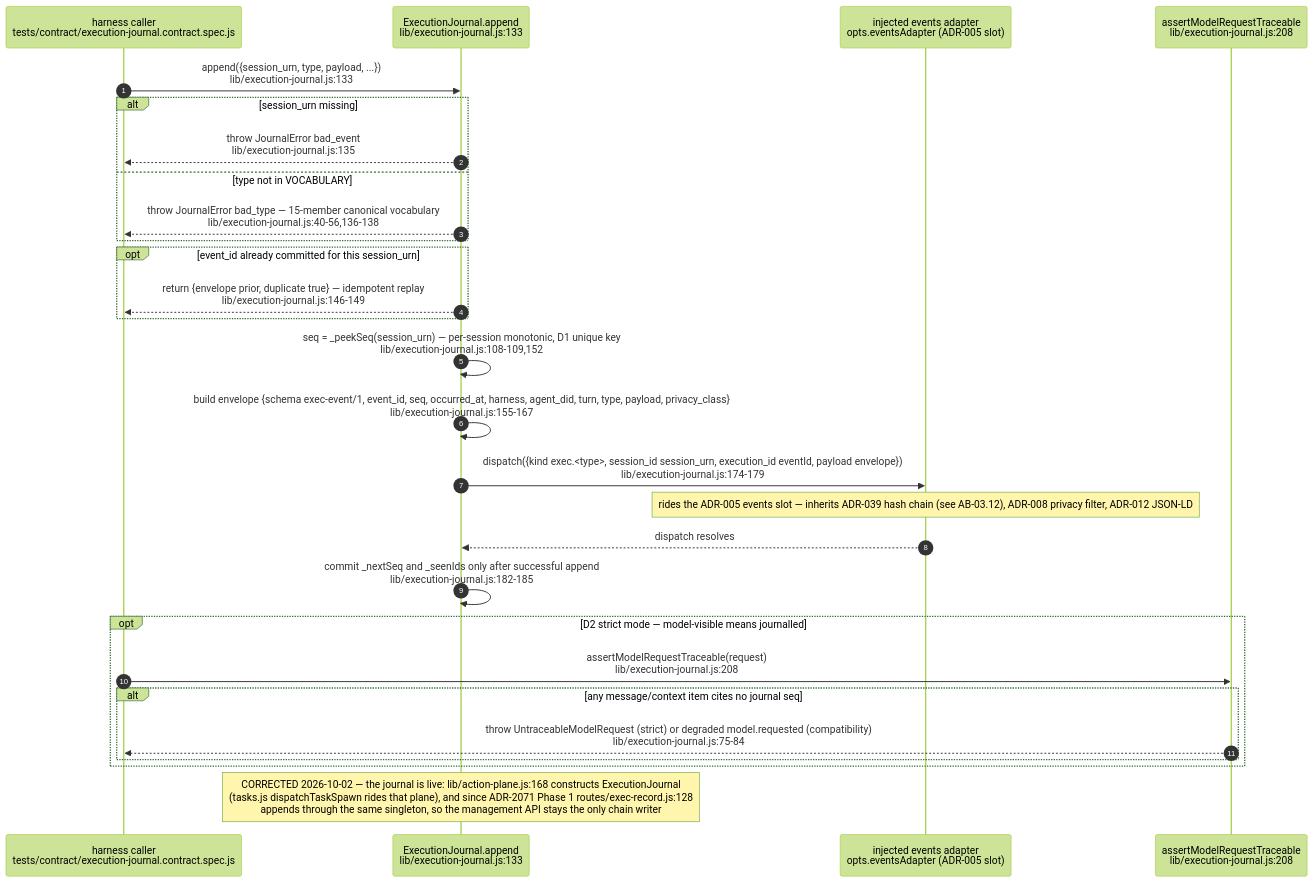
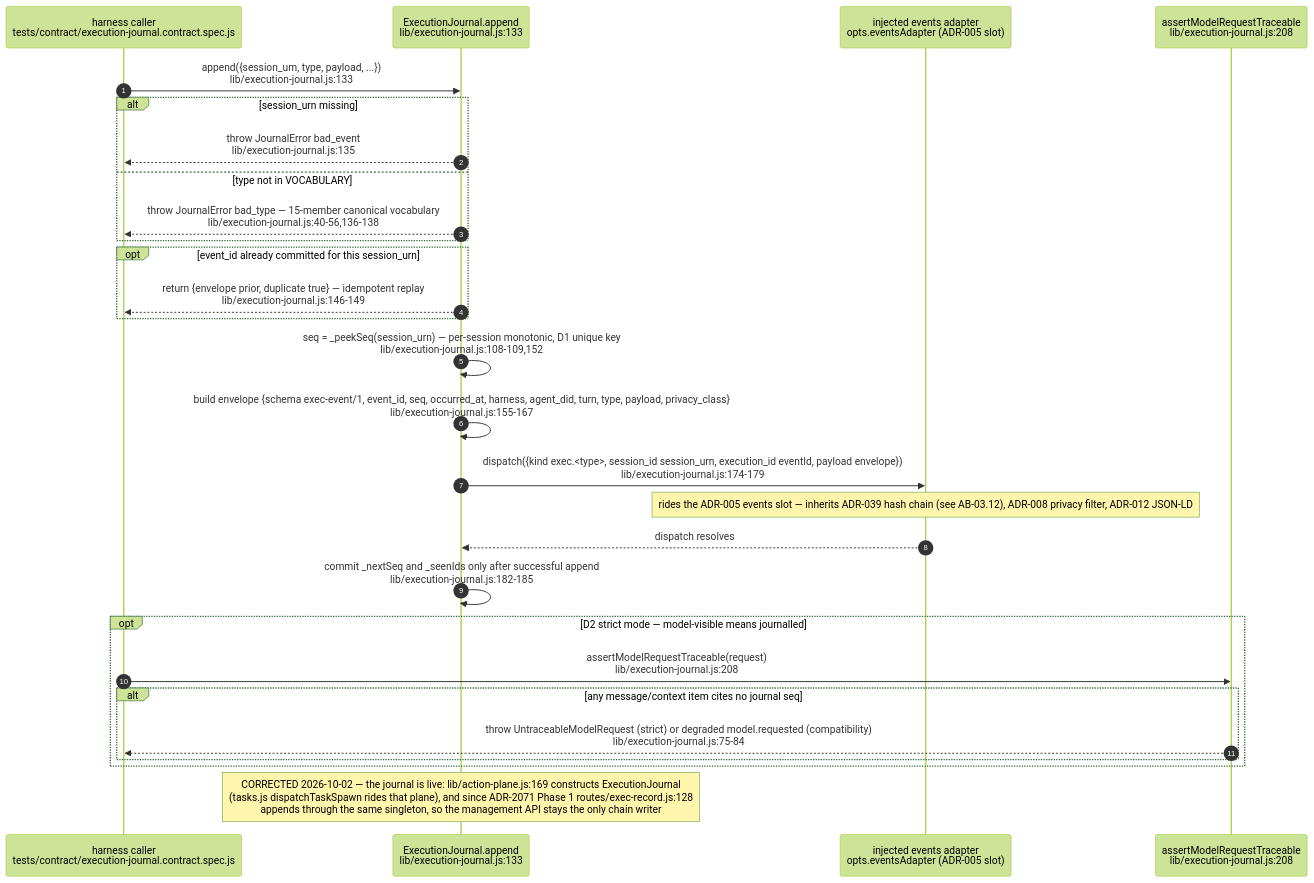
One commit to DreamLab-AI/VisionFlow changed diagram 14 of 17 in docs/diagrams/agentbox/03-management-api-request-lifecycle.md. Above: the diagram before and after it, drawn with Mermaid (forest theme). The commit also changed other lines of this file and 160 other files, not shown here.

````diff
--- a/docs/diagrams/agentbox/03-management-api-request-lifecycle.md
+++ b/docs/diagrams/agentbox/03-management-api-request-lifecycle.md
@@ -535,31 +542,31 @@
 ```mermaid
 sequenceDiagram
     autonumber
     participant Caller as harness caller<br/>tests/contract/execution-journal.contract.spec.js
     participant J as ExecutionJournal.append<br/>lib/execution-journal.js:133
     participant Ev as injected events adapter<br/>opts.eventsAdapter (ADR-005 slot)
     participant M as assertModelRequestTraceable<br/>lib/execution-journal.js:208
 
     Caller->>J: append({session_urn, type, payload, ...})<br/>lib/execution-journal.js:133
     alt session_urn missing
         J-->>Caller: throw JournalError bad_event<br/>lib/execution-journal.js:135
     else type not in VOCABULARY
         J-->>Caller: throw JournalError bad_type — 15-member canonical vocabulary<br/>lib/execution-journal.js:40-56,136-138
     end
     opt event_id already committed for this session_urn
         J-->>Caller: return {envelope prior, duplicate true} — idempotent replay<br/>lib/execution-journal.js:146-149
     end
     J->>J: seq = _peekSeq(session_urn) — per-session monotonic, D1 unique key<br/>lib/execution-journal.js:108-109,152
     J->>J: build envelope {schema exec-event/1, event_id, seq, occurred_at, harness, agent_did, turn, type, payload, privacy_class}<br/>lib/execution-journal.js:155-167
     J->>Ev: dispatch({kind exec.<type>, session_id session_urn, execution_id eventId, payload envelope})<br/>lib/execution-journal.js:174-179
     Note over Ev: rides the ADR-005 events slot — inherits ADR-039 hash chain (see AB-03.12), ADR-008 privacy filter, ADR-012 JSON-LD
     Ev-->>J: dispatch resolves
     J->>J: commit _nextSeq and _seenIds only after successful append<br/>lib/execution-journal.js:182-185
     opt D2 strict mode — model-visible means journalled
         Caller->>M: assertModelRequestTraceable(request)<br/>lib/execution-journal.js:208
         alt any message/context item cites no journal seq
             M-->>Caller: throw UntraceableModelRequest (strict) or degraded model.requested (compatibility)<br/>lib/execution-journal.js:75-84
         end
     end
-    Note over J: CORRECTED 2026-10-02 — the journal is live: lib/action-plane.js:168 constructs ExecutionJournal<br/>(tasks.js dispatchTaskSpawn rides that plane), and since ADR-2071 Phase 1 routes/exec-record.js:128<br/>appends through the same singleton, so the management API stays the only chain writer
+    Note over J: CORRECTED 2026-10-02 — the journal is live: lib/action-plane.js:169 constructs ExecutionJournal<br/>(tasks.js dispatchTaskSpawn rides that plane), and since ADR-2071 Phase 1 routes/exec-record.js:128<br/>appends through the same singleton, so the management API stays the only chain writer
 ```
````
